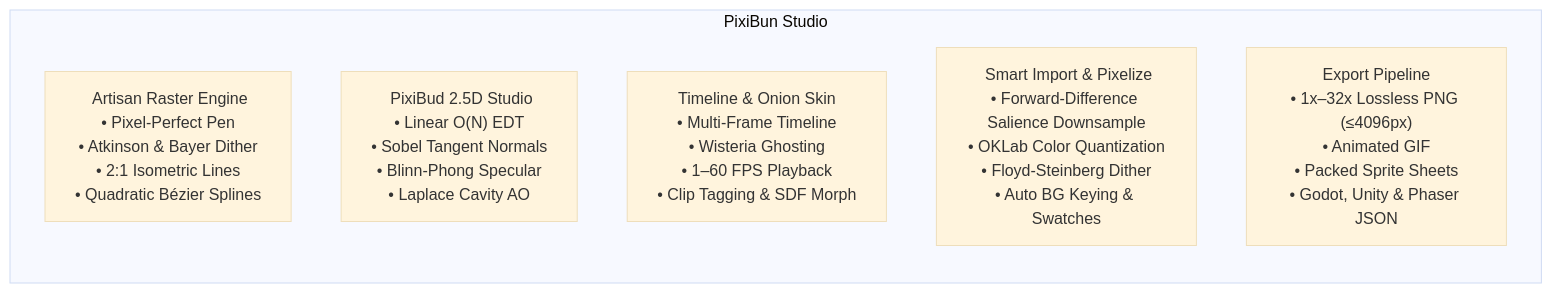
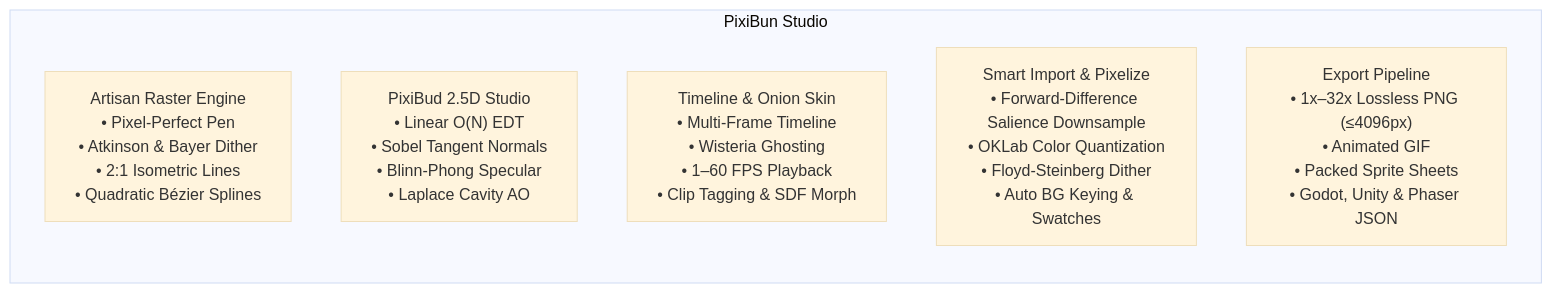
One commit to lxcario/PixiBun changed the diagram in README.md. Above: the diagram before and after it, drawn with Mermaid (base theme). The commit also changed other lines of this file and 44 other files, not shown here.

Commit message:
feat(editor): sprite cleanup, color erasure, smart sheet slicer, bucket tolerance, and doc sync

````diff
--- a/README.md
+++ b/README.md
@@ -44,10 +44,10 @@
 ```mermaid
 graph LR
-    subgraph Atelier [" PixiBun Studio"]
-        Raster["️ Artisan Raster Engine<br/>• Pixel-Perfect Pen<br/>• Atkinson & Bayer Dither<br/>• 2:1 Isometric Lines<br/>• Quadratic Bézier Splines"]
-        Math["️ PixiBud 2.5D Studio<br/>• Linear O(N) EDT<br/>• Sobel Tangent Normals<br/>• Blinn-Phong Specular<br/>• Laplace Cavity AO"]
-        Anim[" Timeline & Onion Skin<br/>• Multi-Frame Timeline<br/>• Wisteria Ghosting<br/>• 1–60 FPS Playback<br/>• Clip Tagging & SDF Morph"]
-        Import["️ Smart Import & Pixelize<br/>• Forward-Difference Salience Downsample<br/>• OKLab Color Quantization<br/>• Floyd-Steinberg Dither<br/>• Auto BG Keying & Swatches"]
-        Export[" Export Pipeline<br/>• 1x–32x Lossless PNG (≤4096px)<br/>• Animated GIF<br/>• Packed Sprite Sheets<br/>• Godot, Unity & Phaser JSON"]
+    subgraph Atelier ["PixiBun Studio"]
+        Raster["Artisan Raster Engine<br/>• Pixel-Perfect Pen<br/>• Atkinson & Bayer Dither<br/>• 2:1 Isometric Lines<br/>• Quadratic Bézier Splines"]
+        Math["PixiBud 2.5D Studio<br/>• Linear O(N) EDT<br/>• Sobel Tangent Normals<br/>• Blinn-Phong Specular<br/>• Laplace Cavity AO"]
+        Anim["Timeline & Onion Skin<br/>• Multi-Frame Timeline<br/>• Wisteria Ghosting<br/>• 1–60 FPS Playback<br/>• Clip Tagging & SDF Morph"]
+        Import["Smart Import & Pixelize<br/>• Forward-Difference Salience Downsample<br/>• OKLab Color Quantization<br/>• Floyd-Steinberg Dither<br/>• Auto BG Keying & Swatches"]
+        Export["Export Pipeline<br/>• 1x–32x Lossless PNG (≤4096px)<br/>• Animated GIF<br/>• Packed Sprite Sheets<br/>• Godot, Unity & Phaser JSON"]
     end
 ```
````
